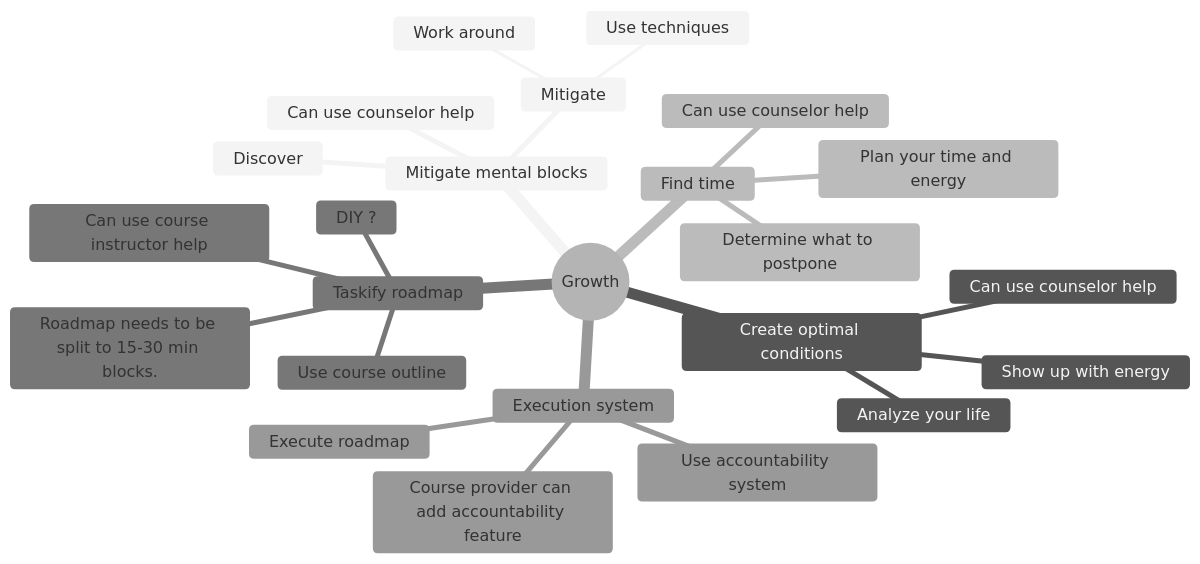
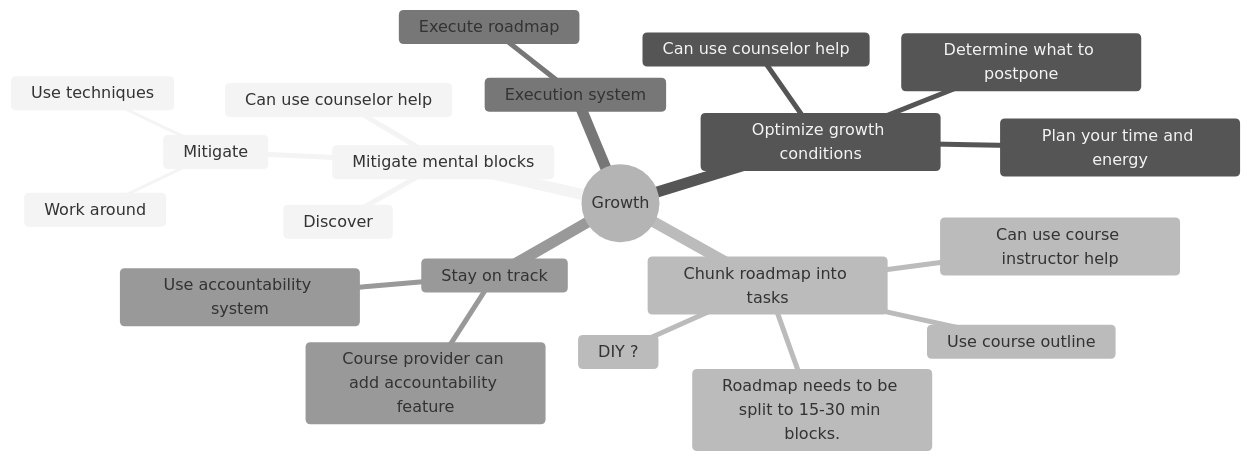
Before and after one commit to kalyanmysore/WindsBeneathOurWings: the diagram in SustainingWinds.md, drawn with Mermaid (neutral theme). The commit also changed other lines of this file, not shown here.

````diff
--- a/SustainingWinds.md
+++ b/SustainingWinds.md
@@ -127,29 +128,27 @@
 ```mermaid
 mindmap
   root((Growth))
     Mitigate mental blocks
         Discover
         Mitigate
             Work around
             Use techniques
         Can use counselor help
-    Create optimal conditions
-        Analyze your life
-        Show up with energy
-        Can use counselor help
-    Find time
+
+    Optimize growth conditions
         Plan your time and energy
         Determine what to postpone
         Can use counselor help
-    Taskify roadmap
+    Chunk roadmap into tasks
         Roadmap needs to be split to 15-30 min blocks.
         DIY ?
         Use course outline
         Can use course instructor help
     Execution system
         Execute roadmap
+    Stay on track 
         Use accountability system
         Course provider can add accountability feature
 
         
    ```
````
